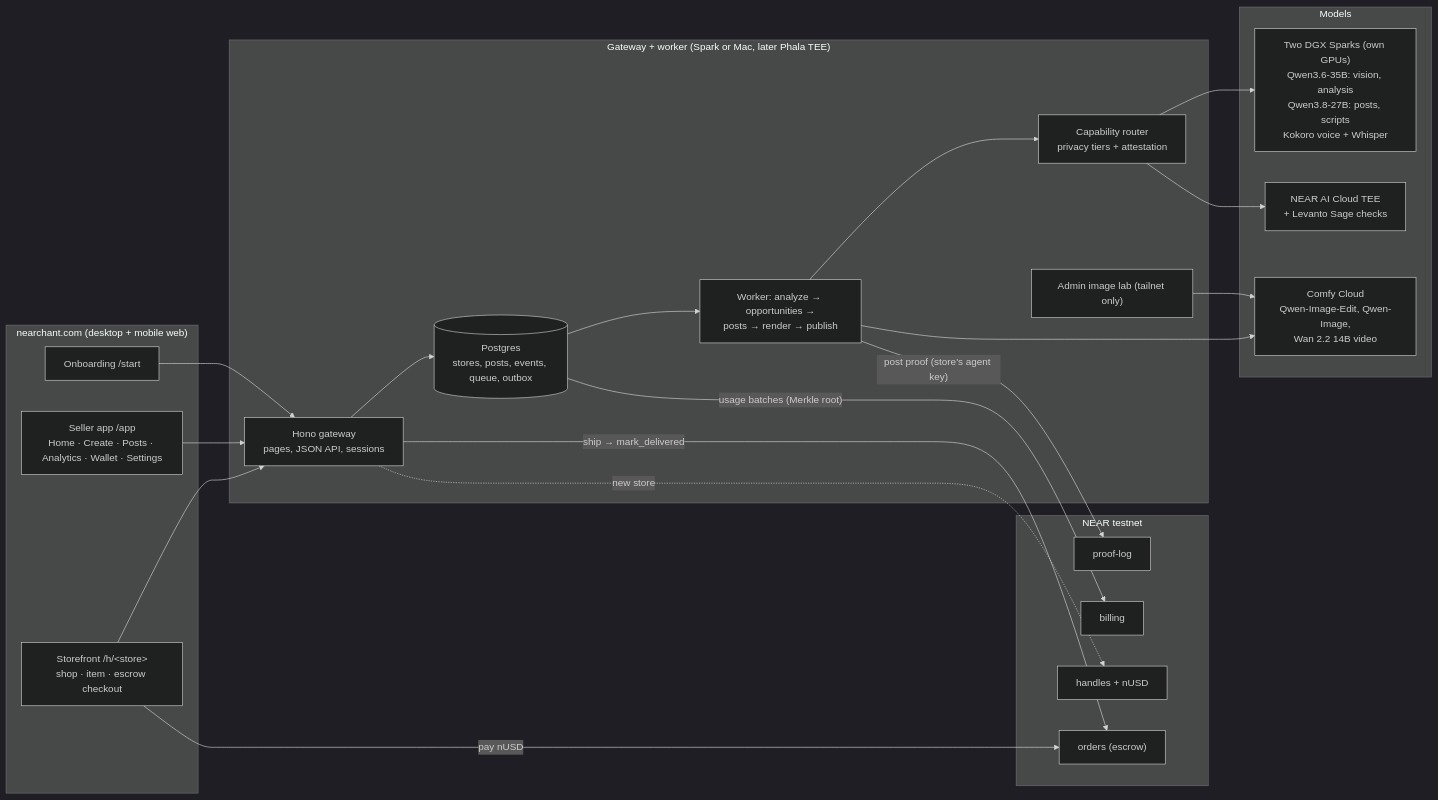
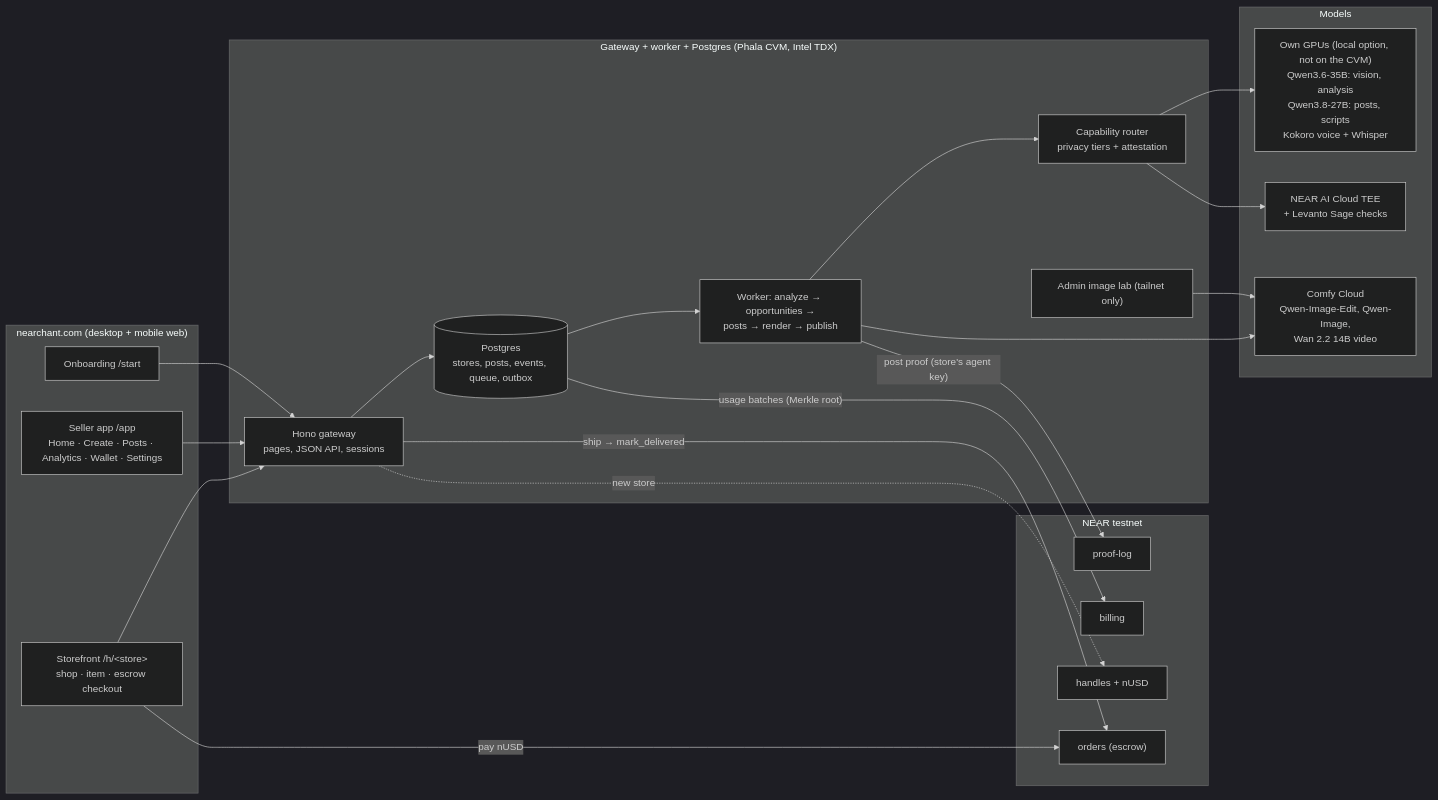
One commit to vlmoon99/nearchant changed the diagram in README.md. Above: the diagram before and after it, drawn with Mermaid (dark theme). The commit also changed other lines of this file and 13 other files, not shown here.

````diff
--- a/README.md
+++ b/README.md
@@ -68,39 +72,39 @@
 ```mermaid
 flowchart LR
   subgraph Web["nearchant.com (desktop + mobile web)"]
     O["Onboarding /start"]
     A["Seller app /app<br/>Home · Create · Posts · Analytics · Wallet · Settings"]
     S["Storefront /h/&lt;store&gt;<br/>shop · item · escrow checkout"]
   end
-  subgraph Gateway["Gateway + worker (Spark or Mac, later Phala TEE)"]
+  subgraph Gateway["Gateway + worker + Postgres (Phala CVM, Intel TDX)"]
     G["Hono gateway<br/>pages, JSON API, sessions"]
     Q[("Postgres<br/>stores, posts, events, queue, outbox")]
     W["Worker: analyze → opportunities →<br/>posts → render → publish"]
     R["Capability router<br/>privacy tiers + attestation"]
     L["Admin image lab (tailnet only)"]
   end
   subgraph Models
-    LL["Two DGX Sparks (own GPUs)<br/>Qwen3.6-35B: vision, analysis<br/>Qwen3.8-27B: posts, scripts<br/>Kokoro voice + Whisper"]
+    LL["Own GPUs (local option, not on the CVM)<br/>Qwen3.6-35B: vision, analysis<br/>Qwen3.8-27B: posts, scripts<br/>Kokoro voice + Whisper"]
     NA["NEAR AI Cloud TEE<br/>+ Levanto Sage checks"]
     CC["Comfy Cloud<br/>Qwen-Image-Edit, Qwen-Image,<br/>Wan 2.2 14B video"]
   end
   subgraph NEAR["NEAR testnet"]
     OR["orders (escrow)"]
     PL["proof-log"]
     BI["billing"]
     HN["handles + nUSD"]
   end
   O --> G
   A --> G
   S --> G
   G --> Q --> W --> R
   R --> LL
   R --> NA
   W --> CC
   L --> CC
   S -- "pay nUSD" --> OR
   W -- "post proof (store's agent key)" --> PL
   G -- "ship → mark_delivered" --> OR
   Q -- "usage batches (Merkle root)" --> BI
   G -. "new store" .-> HN
 ```
````
